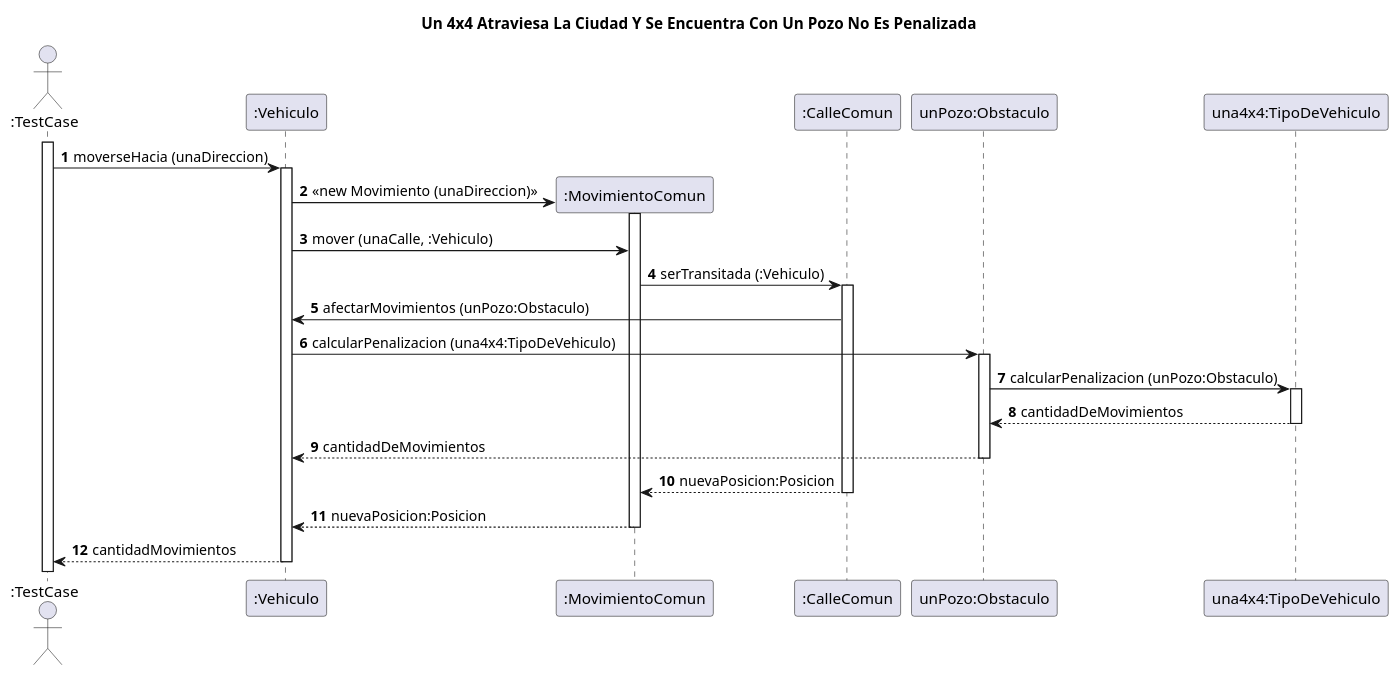
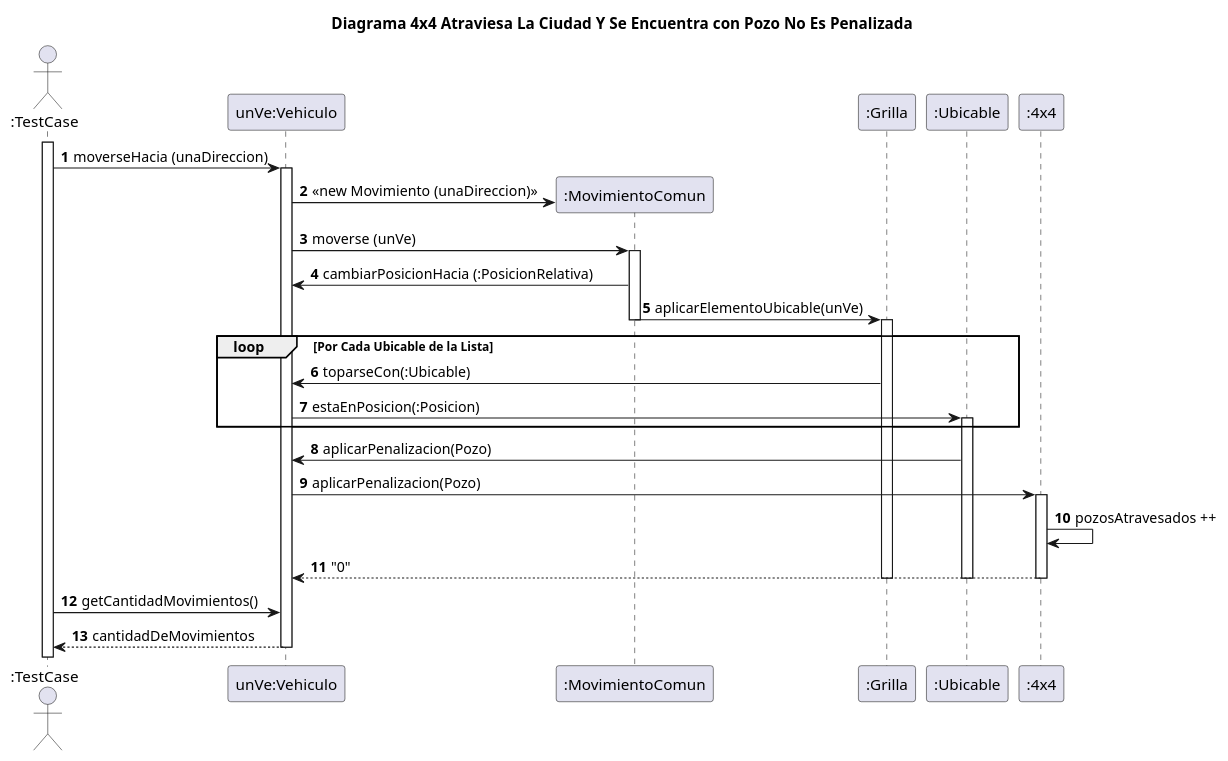
Before and after one commit to FacundoBaez1994/Algo3Tp2: the diagram in diagrams/sequences/Una4x4AtraviesaLaCiudadYSeEncuentraConUnPozoNoEsPenalizada.puml, drawn with PlantUML. The commit also changed 34 other files, not shown here.

Commit message:
Diagramas de Clases refactorizados

```diff
--- a/diagrams/sequences/Una4x4AtraviesaLaCiudadYSeEncuentraConUnPozoNoEsPenalizada.puml
+++ b/diagrams/sequences/Una4x4AtraviesaLaCiudadYSeEncuentraConUnPozoNoEsPenalizada.puml
@@ -1,27 +1,35 @@
 @startuml
 'https://plantuml.com/sequence-diagram
-title Un 4x4 Atraviesa La Ciudad Y Se Encuentra Con Un Pozo No Es Penalizada
+title Diagrama 4x4 Atraviesa La Ciudad Y Se Encuentra con Pozo No Es Penalizada
 autonumber
 actor ":TestCase"
+
 Activate ":TestCase"
-":TestCase" -> ":Vehiculo": moverseHacia (unaDireccion)
-Activate ":Vehiculo"
-create ":MovimientoComun"
-":Vehiculo" -> ":MovimientoComun": <<new Movimiento (unaDireccion) >>
-Activate ":MovimientoComun"
-":Vehiculo" -> ":MovimientoComun": mover (unaCalle, :Vehiculo)
-":MovimientoComun" -> ":CalleComun": serTransitada (:Vehiculo)
-Activate ":CalleComun"
-":CalleComun" -> ":Vehiculo": afectarMovimientos (unPozo:Obstaculo)
-":Vehiculo" -> "unPozo:Obstaculo": calcularPenalizacion (una4x4:TipoDeVehiculo)
-Activate "unPozo:Obstaculo"
-"unPozo:Obstaculo" -> "una4x4:TipoDeVehiculo": calcularPenalizacion (unPozo:Obstaculo)
-Activate "una4x4:TipoDeVehiculo"
-return cantidadDeMovimientos
-return cantidadDeMovimientos
-return nuevaPosicion:Posicion
-return nuevaPosicion:Posicion
-return cantidadMovimientos
+   ":TestCase" -> "unVe:Vehiculo": moverseHacia (unaDireccion)
+    Activate "unVe:Vehiculo"
+    create ":MovimientoComun"
+    "unVe:Vehiculo" -> ":MovimientoComun": <<new Movimiento (unaDireccion) >>
+    "unVe:Vehiculo" -> ":MovimientoComun": moverse (unVe)
+    Activate ":MovimientoComun"
+    ":MovimientoComun" -> "unVe:Vehiculo": cambiarPosicionHacia (:PosicionRelativa)
+    ":MovimientoComun" -> ":Grilla": aplicarElementoUbicable(unVe)
+    Deactivate ":MovimientoComun"
+    Activate ":Grilla"
+    loop Por Cada Ubicable de la Lista
+    ":Grilla" -> "unVe:Vehiculo": toparseCon(:Ubicable)
+    "unVe:Vehiculo" -> ":Ubicable": estaEnPosicion(:Posicion)
+    Activate ":Ubicable"
+    end
 
 
+    "unVe:Vehiculo" <- ":Ubicable": aplicarPenalizacion(Pozo)
+    "unVe:Vehiculo" -> ":4x4": aplicarPenalizacion(Pozo)
+    Activate ":4x4"
+    ":4x4" -> ":4x4": pozosAtravesados ++
+    return "0"
+    Deactivate ":Ubicable"
+    Deactivate ":Grilla"
+    ":TestCase" -> "unVe:Vehiculo": getCantidadMovimientos()
+    return cantidadDeMovimientos
+
 @enduml
```
